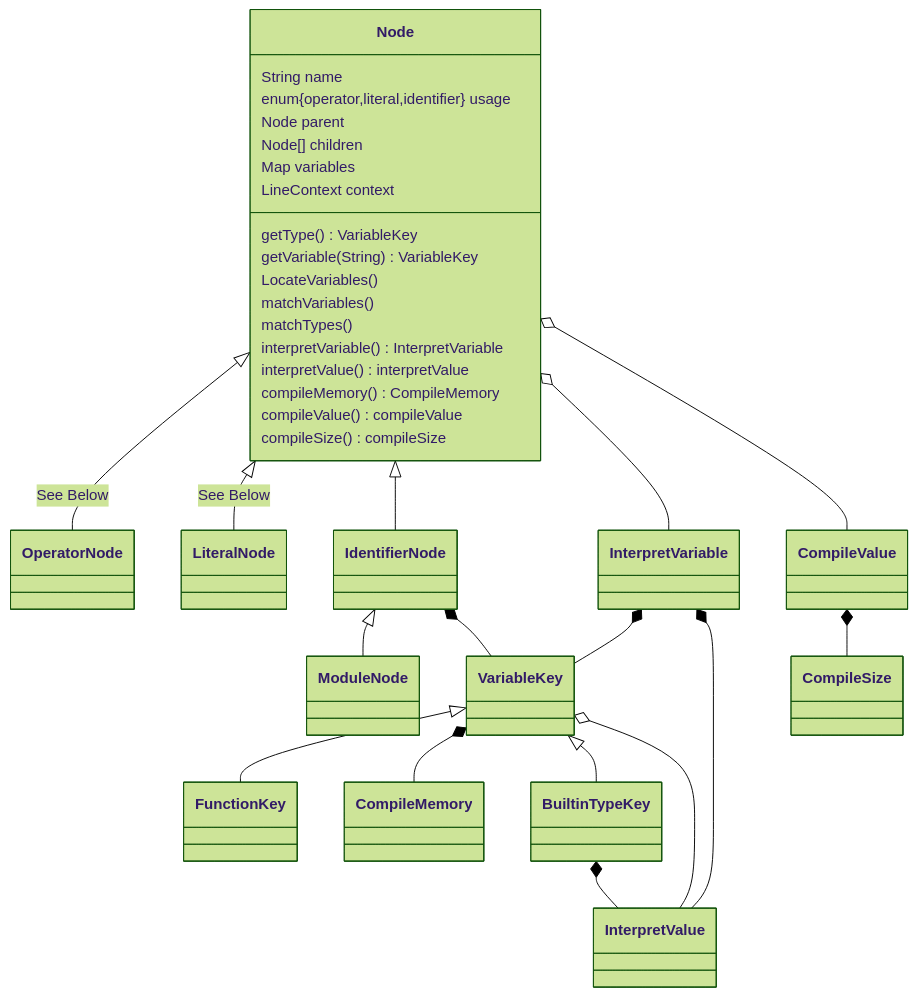
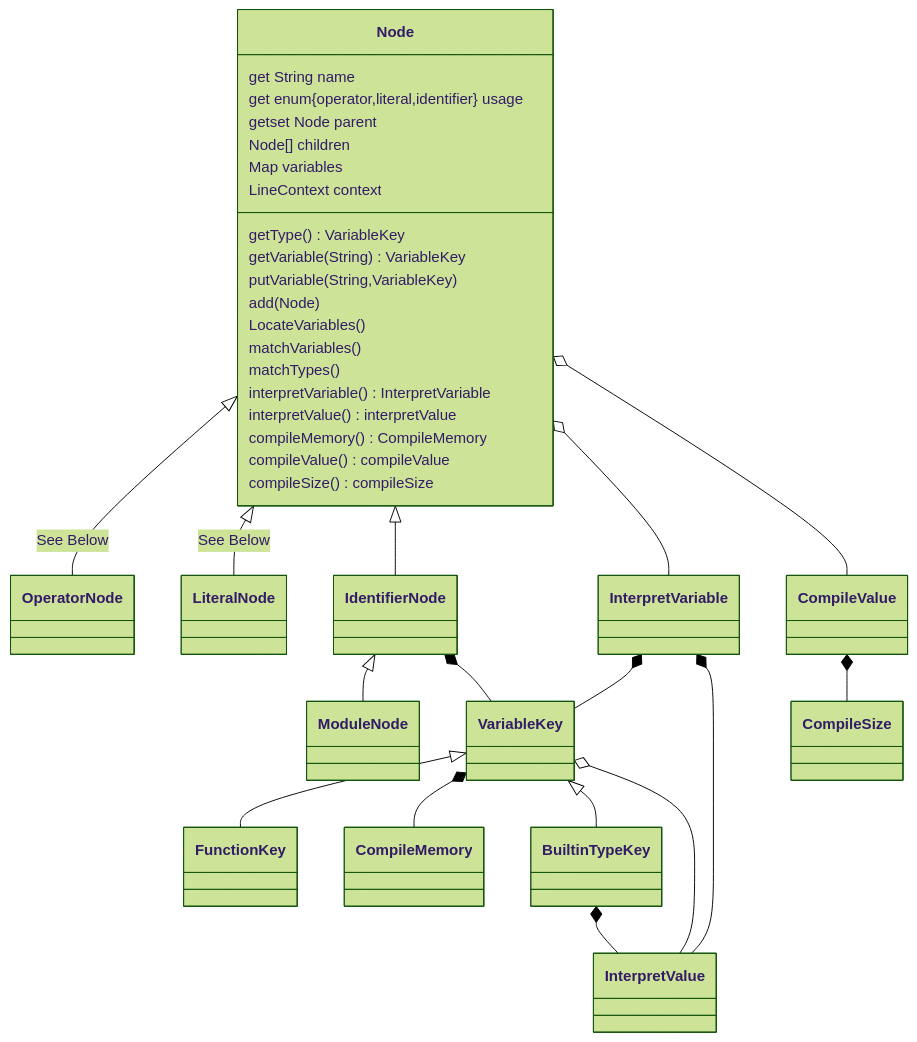
The first of 4 diagrams in README.md (Jzhyang1/Monomer), drawn with Mermaid (forest theme) before and after one commit. The commit also changed other lines of this file, not shown here.

Commit message:
README.md updated from https://stackedit.io/

````diff
--- a/README.md
+++ b/README.md
@@ -239,35 +239,37 @@
 ```mermaid
 classDiagram
 Node <|-- OperatorNode: See Below
 Node <|-- LiteralNode: See Below
 Node <|-- IdentifierNode
 Node o-- InterpretVariable
 IdentifierNode <|-- ModuleNode
 IdentifierNode *-- VariableKey
 VariableKey <|-- FunctionKey
 VariableKey *-- CompileMemory
 VariableKey <|-- BuiltinTypeKey
 BuiltinTypeKey *-- InterpretValue
 VariableKey o-- InterpretValue
 InterpretVariable *-- VariableKey
 CompileValue *-- CompileSize
 Node o-- CompileValue
 InterpretVariable *-- InterpretValue
 
-Node: String name
-Node: enum{operator,literal,identifier} usage
-Node: Node parent
+Node: get String name
+Node: get enum{operator,literal,identifier} usage
+Node: getset Node parent
 Node: Node[] children
 Node: Map<String, VariableKey> variables
 Node: LineContext context
 Node: getType() VariableKey
 Node: getVariable(String) VariableKey
+Node: putVariable(String,VariableKey)
+Node: add(Node)
 Node: LocateVariables()
 Node: matchVariables()
 Node: matchTypes()
 Node: interpretVariable() InterpretVariable
 Node: interpretValue() interpretValue
 Node: compileMemory() CompileMemory
 Node: compileValue() compileValue
 Node: compileSize() compileSize
 ```
````
